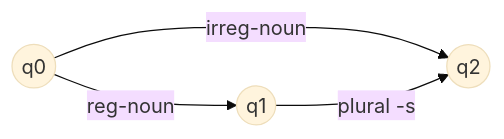
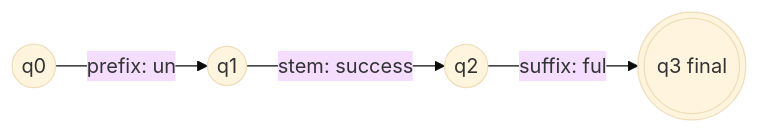
One commit to TrendySloth1001/sem-seven-notes changed the diagram in content/natural-language-processing/pyq/2022-12-ce/q2a.mdx. Above: the diagram before and after it, drawn with Mermaid (base theme). The commit also changed other lines of this file and 406 other files, not shown here.

````diff
--- a/content/natural-language-processing/pyq/2022-12-ce/q2a.mdx
+++ b/content/natural-language-processing/pyq/2022-12-ce/q2a.mdx
@@ -29,7 +13,7 @@
 ```mermaid
-%% caption: FSA for regular nouns. The plural -s is optional; irregular nouns are kept whole. q1 and q2 are final.
+%% caption: The class FSA for the stem success. Reading un (prefix), success (stem) and ful (suffix) reaches the final state, so unsuccessful is accepted.
 flowchart LR
-  S(("q0")) -- "reg-noun" --> A(("q1"))
-  S -- "irreg-noun" --> B(("q2"))
-  A -- "plural -s" --> B
+  S(("q0")) -- "prefix: un" --> A(("q1"))
+  A -- "stem: success" --> B(("q2"))
+  B -- "suffix: ful" --> C((("q3 final")))
 ```
````
